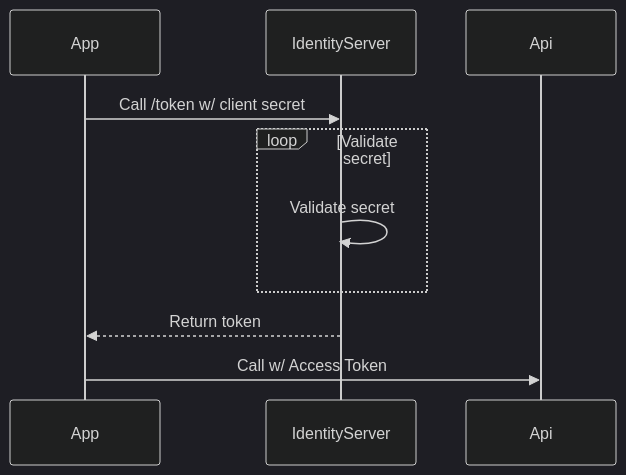
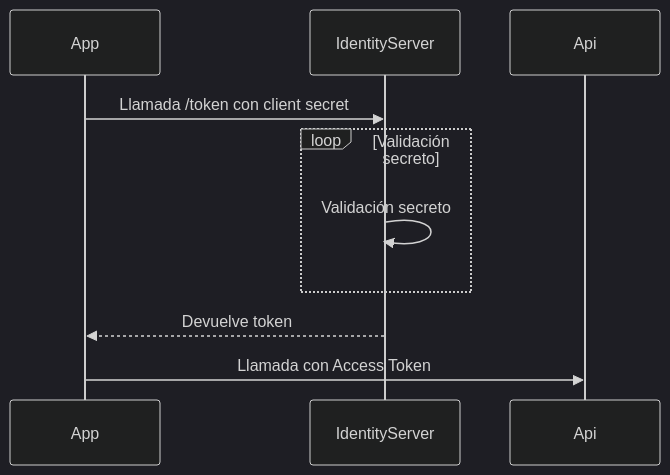
One commit to virubiotor/authentication-made-simple changed the diagram in docs/machine_to_machine.md. Above: the diagram before and after it, drawn with Mermaid (dark theme). The commit also changed 4 other files, not shown here.

````diff
--- a/docs/machine_to_machine.md
+++ b/docs/machine_to_machine.md
@@ -1,13 +1,13 @@
 ```mermaid
 sequenceDiagram
     participant App
     participant IdentityServer
     participant Api
 
-    App->>IdentityServer: Call /token w/ client secret
-    loop Validate secret
-        IdentityServer->>IdentityServer: Validate secret
+    App->>IdentityServer: Llamada /token con client secret
+    loop Validación secreto
+        IdentityServer->>IdentityServer: Validación secreto
     end
-    IdentityServer-->>App: Return token
-    App->>Api: Call w/ Access Token
+    IdentityServer-->>App: Devuelve token
+    App->>Api: Llamada con Access Token
 ```
````
